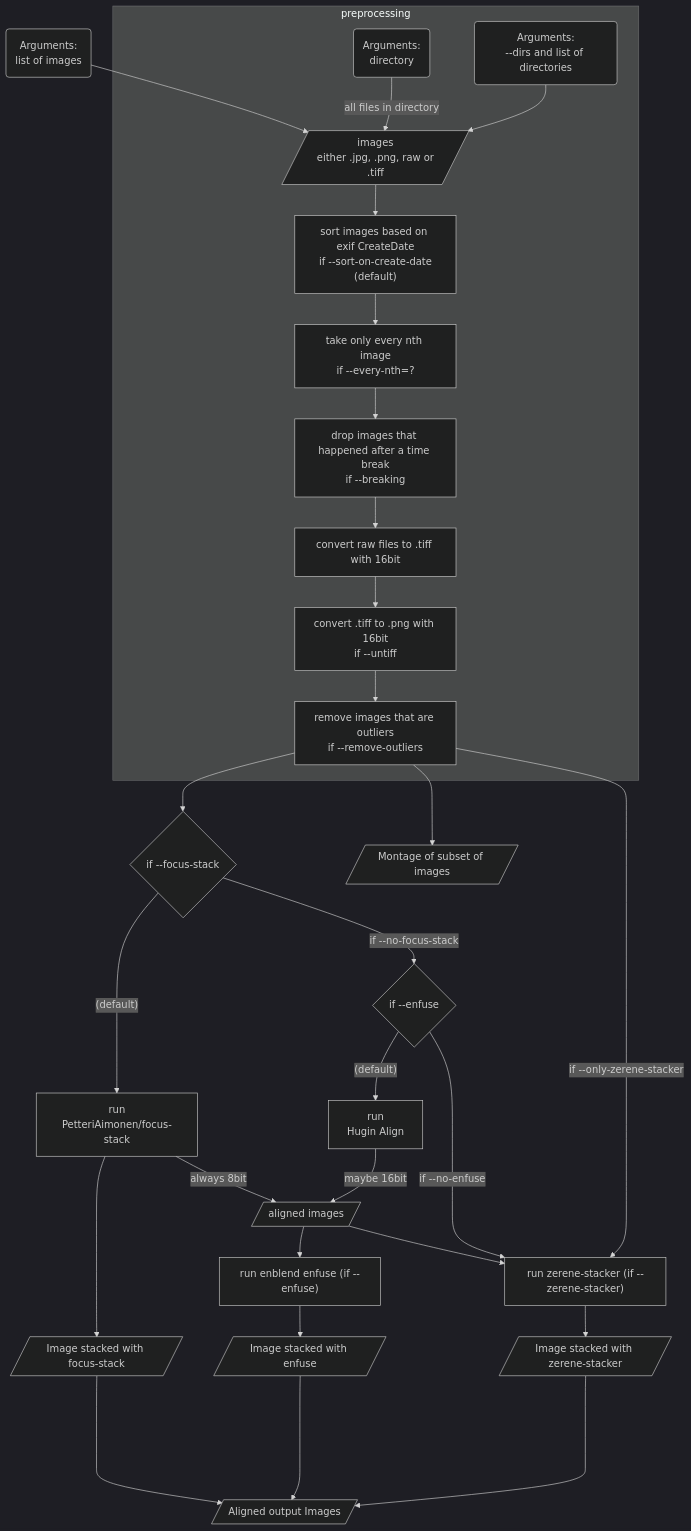
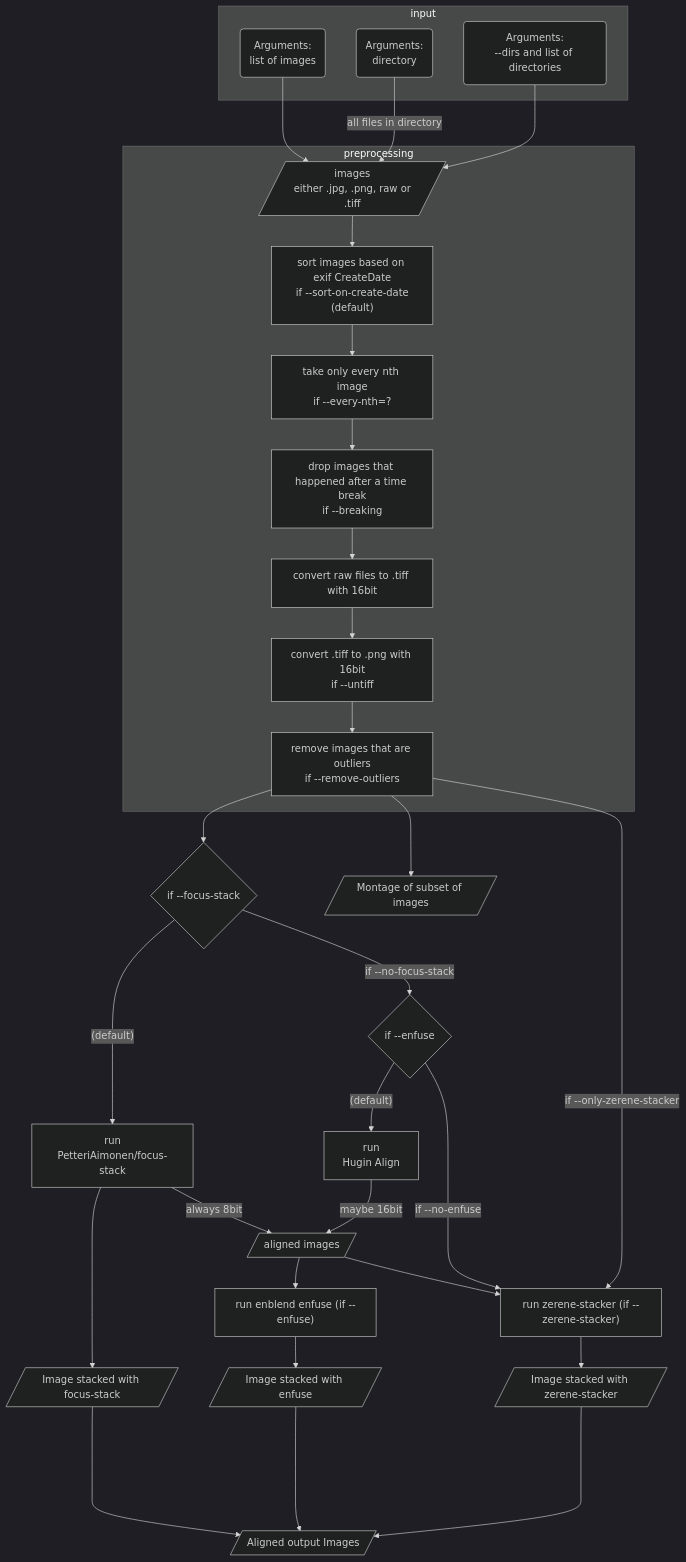
One commit to maxhbr/myphoto changed the diagram in README.md. Above: the diagram before and after it, drawn with Mermaid (dark theme).

Commit message:
flowchart

````diff
--- a/README.md
+++ b/README.md
@@ -7,36 +7,38 @@
 ```mermaid
   graph TD;
-      A1("Arguments:\nlist of images");
-      A2("Arguments:\ndirectory");
-      A3("Arguments:\n--dirs and list of directories");
+      subgraph input
+        A1("Arguments:\nlist of images");
+        A2("Arguments:\ndirectory");
+        A3("Arguments:\n--dirs and list of directories");
+      end
       A1 --> A[/"images\n either .jpg, .png, raw or .tiff"/];
       subgraph preprocessing
         A2 -- "all files in directory" --> A;
         A3 --> A;
         A --> B["sort images based on exif CreateDate\nif --sort-on-create-date\n(default)"];
         B --> C["take only every nth image\nif --every-nth=?"];
         C --> D["drop images that happened after a time break\nif --breaking"];
         D --> E["convert raw files to .tiff with 16bit"];
         E --> F["convert .tiff to .png with 16bit\nif --untiff"];
         F --> G["remove images that are outliers\nif --remove-outliers"];
       end
       G --> G'{"if --focus-stack"}
       G' -- "(default)" --> H1["run\nPetteriAimonen/focus-stack"];
       G' -- "if --no-focus-stack" --> H2'{"if --enfuse"}
       H2' -- "(default)" --> H2["run\nHugin Align"]
       H1 --> Z1[/"Image stacked with focus-stack"/]
       H1 -- "always 8bit" --> I[/"aligned images"/]
       H2 -- "maybe 16bit" --> I
       I --> J["run enblend enfuse (if --enfuse)"]
       J --> Z2[/"Image stacked with enfuse"/]
       I --> K["run zerene-stacker (if --zerene-stacker)"]
       H2' -- "if --no-enfuse" --> K
       K --> Z3[/"Image stacked with zerene-stacker"/]
       G --> ZZ[/"Montage of subset of images"/]
       G -- "if --only-zerene-stacker" --> K
 
       Z1 -----> ZA[/"Aligned output Images"/]
       Z2 -----> ZA
       Z3 -----> ZA
 
 ```
````
